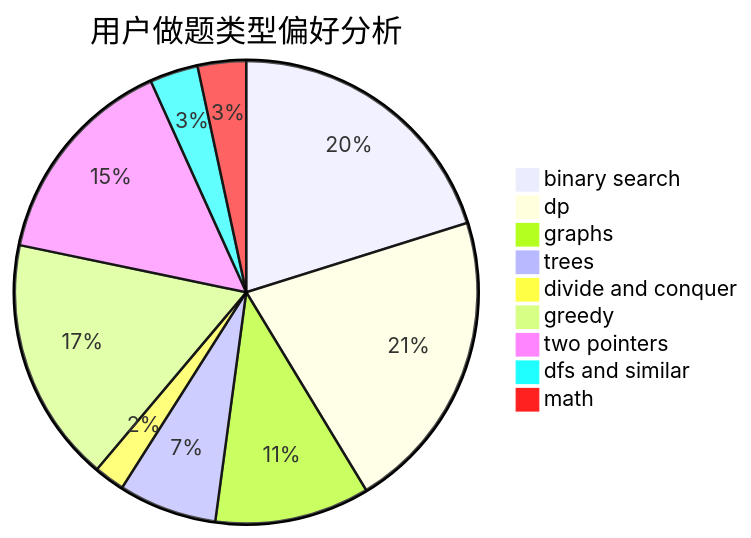
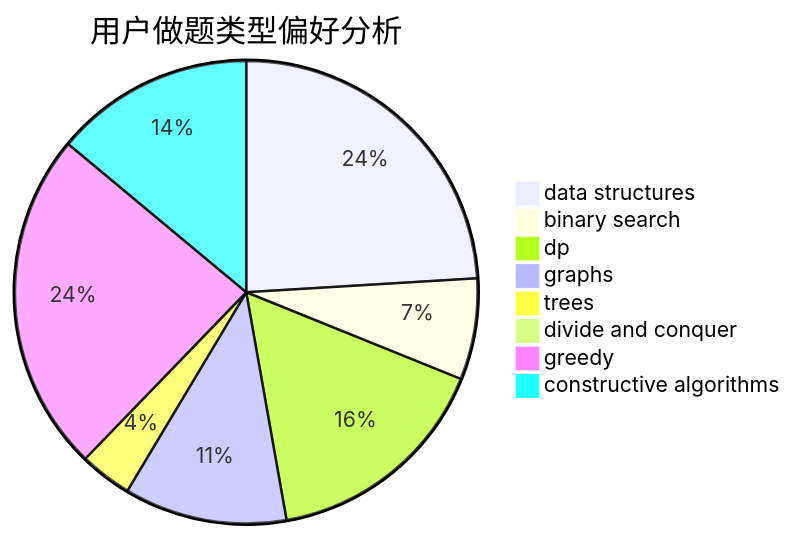
Before and after one commit to sherpahu/cfrs.github.io: the second of 3 diagrams in docs/user/u612.md, drawn with Mermaid. The commit also changed other lines of this file and 2775 other files, not shown here.

````diff
--- a/docs/user/u612.md
+++ b/docs/user/u612.md
@@ -23,12 +23,11 @@
 ```mermaid
 pie title 用户做题类型偏好分析
-    "binary search" :  179
-    "dp" :  188
-    "graphs" :  96
-    "trees" :  61
-    "divide and conquer" :  19
-    "greedy" :  152
-    "two pointers" :  133
-    "dfs and similar" :  30
-    "math" :  30
+    "data structures" :  112
+    "binary search" :  33
+    "dp" :  75
+    "graphs" :  53
+    "trees" :  17
+    "divide and conquer" :  0
+    "greedy" :  111
+    "constructive algorithms" :  65
 ```
````
